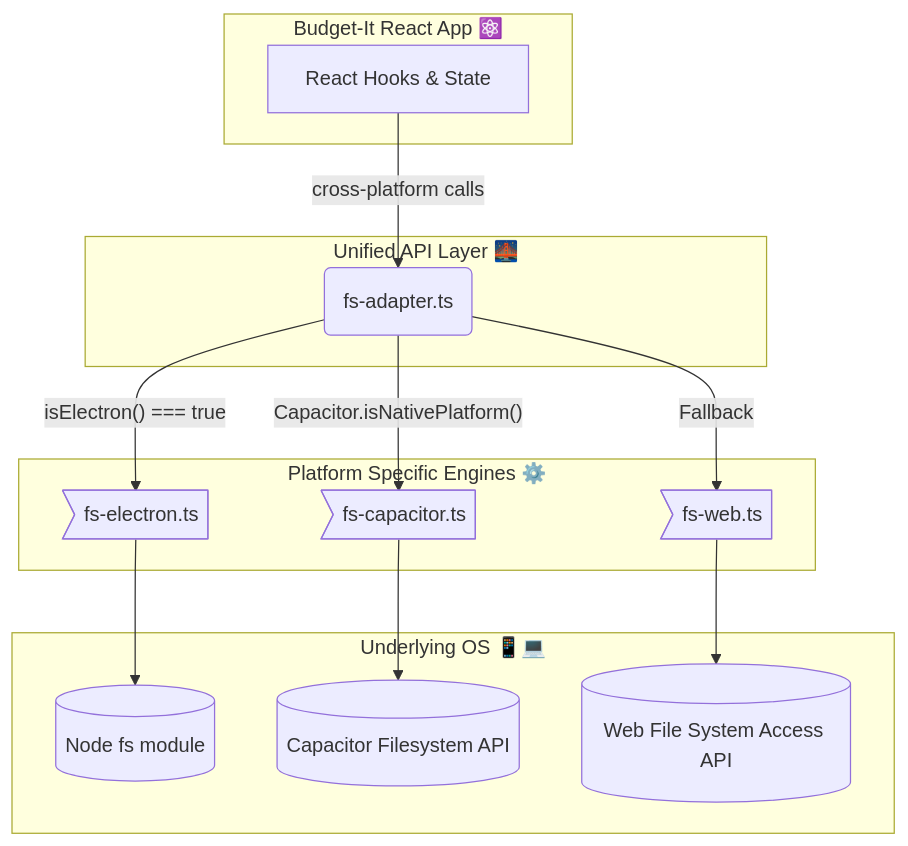
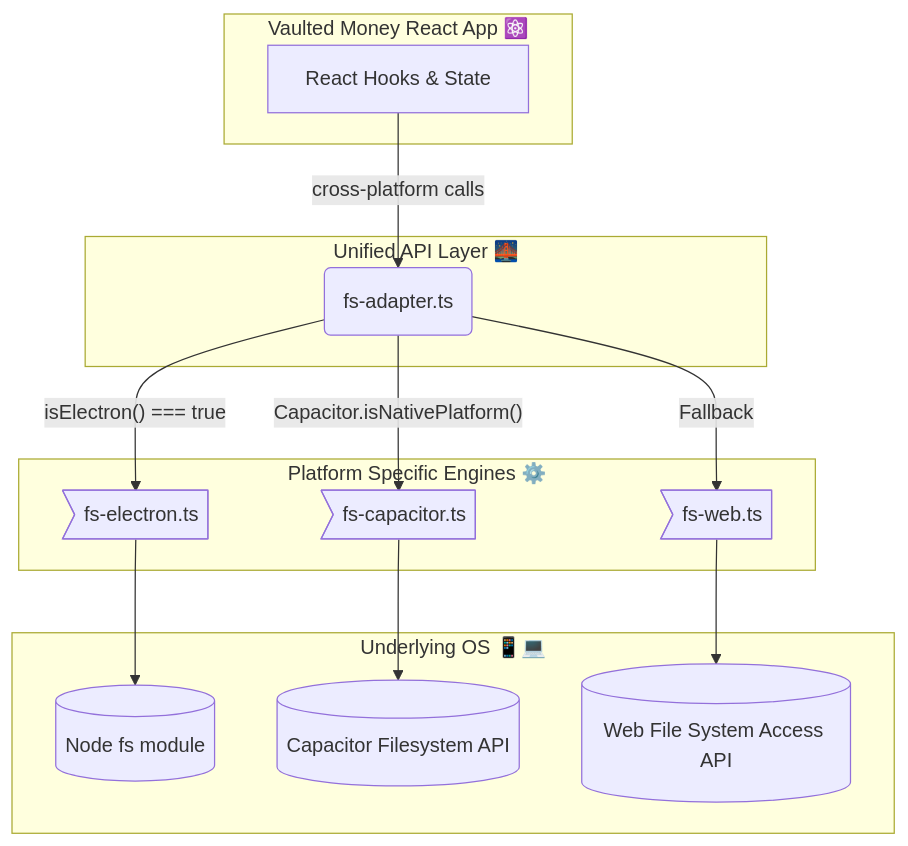
The third of 5 diagrams in documentation/ARCHITECTURE.md (nrajesh/budget-it), drawn with Mermaid before and after one commit. The commit also changed 90 other files, not shown here.

Commit message:
chore: rename project from Budget It to Vaulted Money and update all associated references and file paths

````diff
--- a/documentation/ARCHITECTURE.md
+++ b/documentation/ARCHITECTURE.md
@@ -75,32 +75,32 @@
 ```mermaid
 flowchart TD
-    subgraph Core["Budget-It React App ⚛️"]
+    subgraph Core["Vaulted Money React App ⚛️"]
         A[React Hooks & State]
     end
 
     subgraph Adapter["Unified API Layer 🌉"]
         B(fs-adapter.ts)
     end
 
     subgraph Implementations["Platform Specific Engines ⚙️"]
         C>fs-electron.ts]
         D>fs-capacitor.ts]
         E>fs-web.ts]
     end
 
     subgraph Native["Underlying OS 📱💻"]
         F[(Node fs module)]
         G[(Capacitor Filesystem API)]
         H[(Web File System Access API)]
     end
 
     A -->|"cross-platform calls"| B
 
     B -->|"isElectron() === true"| C
     B -->|"Capacitor.isNativePlatform()"| D
     B -->|"Fallback"| E
 
     C --> F
     D --> G
     E --> H
 ```
````
